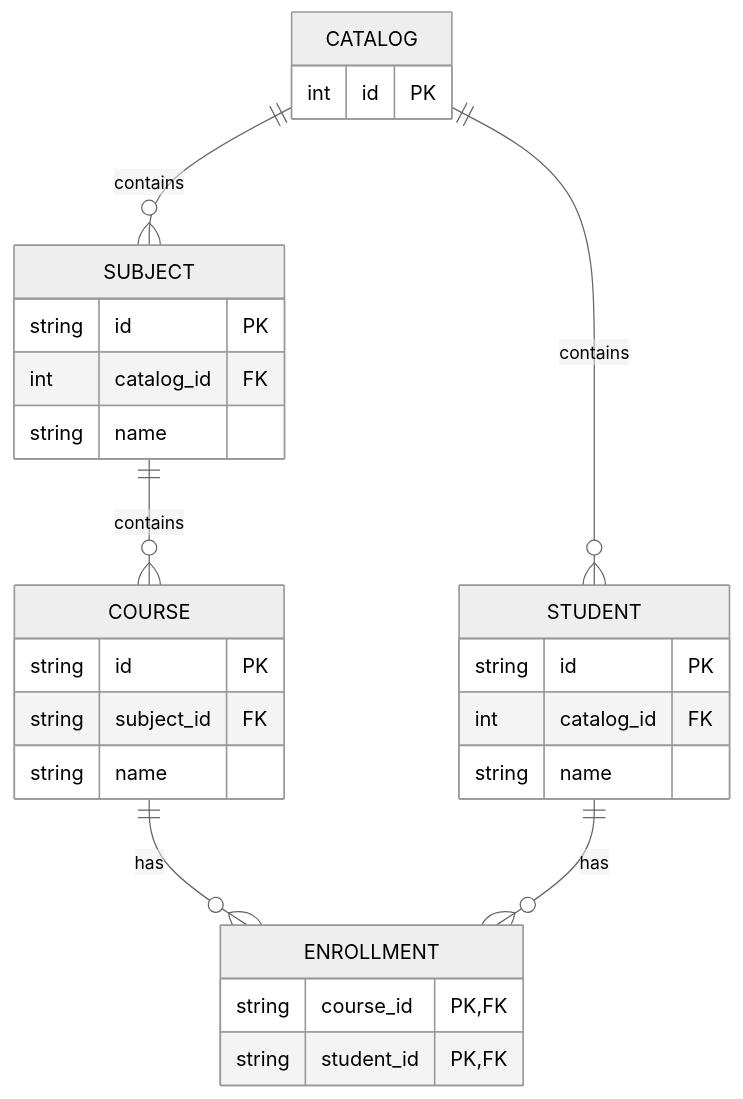
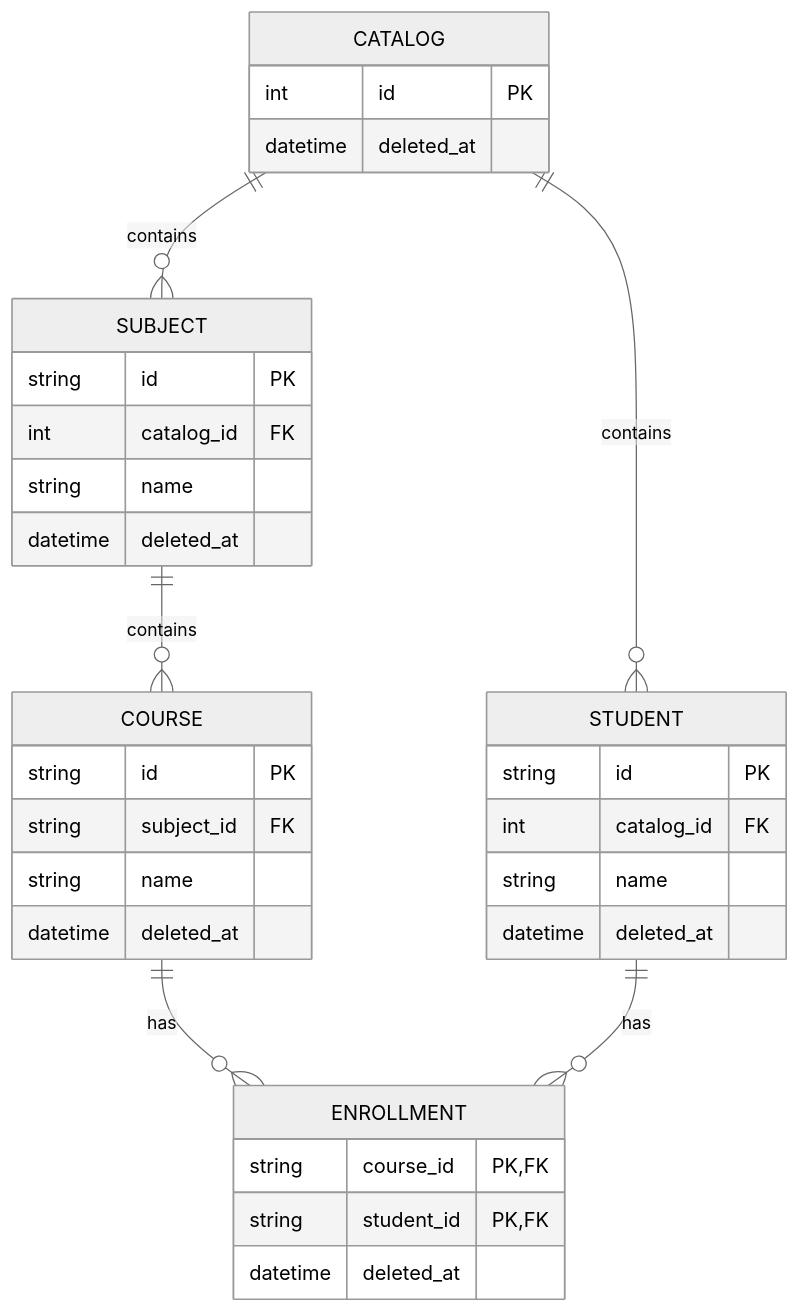
One commit to kardossandor/cc-yaml-to-sqlite-poc changed the second of 2 diagrams in README.md. Above: the diagram before and after it, drawn with Mermaid (neutral theme). The commit also changed other lines of this file, not shown here.

````diff
--- a/README.md
+++ b/README.md
@@ -19,31 +19,36 @@
 ```mermaid
 erDiagram
     CATALOG ||--o{ SUBJECT : contains
     CATALOG ||--o{ STUDENT : contains
     SUBJECT ||--o{ COURSE : contains
     COURSE ||--o{ ENROLLMENT : has
     STUDENT ||--o{ ENROLLMENT : has
 
     CATALOG {
         int id PK
+        datetime deleted_at
     }
     SUBJECT {
         string id PK
         int catalog_id FK
         string name
+        datetime deleted_at
     }
     COURSE {
         string id PK
         string subject_id FK
         string name
+        datetime deleted_at
     }
     STUDENT {
         string id PK
         int catalog_id FK
         string name
+        datetime deleted_at
     }
     ENROLLMENT {
         string course_id PK, FK
         string student_id PK, FK
+        datetime deleted_at
     }
 ```
````
